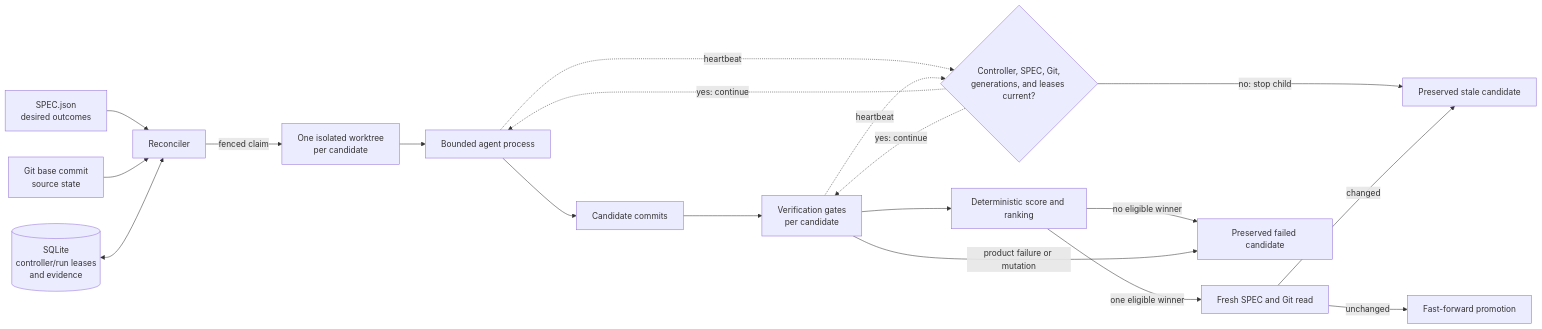
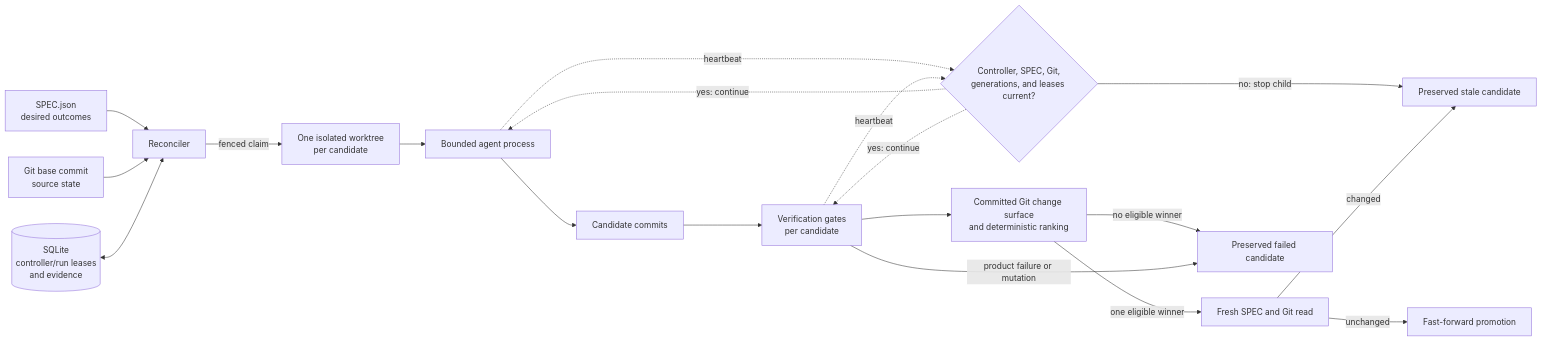
The diagram in docs/architecture.md (GhostlyGawd/autobuild), drawn with Mermaid before and after one commit. The commit also changed other lines of this file and 11 other files, not shown here.

````diff
--- a/docs/architecture.md
+++ b/docs/architecture.md
@@ -5,21 +5,21 @@
 ```mermaid
 flowchart LR
     S[SPEC.json<br/>desired outcomes] --> R[Reconciler]
     G[Git base commit<br/>source state] --> R
     D[(SQLite<br/>controller/run leases<br/>and evidence)] <--> R
     R -->|fenced claim| W[One isolated worktree<br/>per candidate]
     W --> A[Bounded agent process]
     A --> C[Candidate commits]
     C --> E[Verification gates<br/>per candidate]
     A -. heartbeat .-> Q{Controller, SPEC, Git,<br/>generations, and leases current?}
     E -. heartbeat .-> Q
     Q -->|no: stop child| H
     Q -. yes: continue .-> A
     Q -. yes: continue .-> E
-    E --> K[Deterministic score and ranking]
+    E --> K[Committed Git change surface<br/>and deterministic ranking]
     K -->|one eligible winner| V[Fresh SPEC and Git read]
     K -->|no eligible winner| F
     V -->|unchanged| P[Fast-forward promotion]
     V -->|changed| H[Preserved stale candidate]
     E -->|product failure or mutation| F[Preserved failed candidate]
 ```
````
